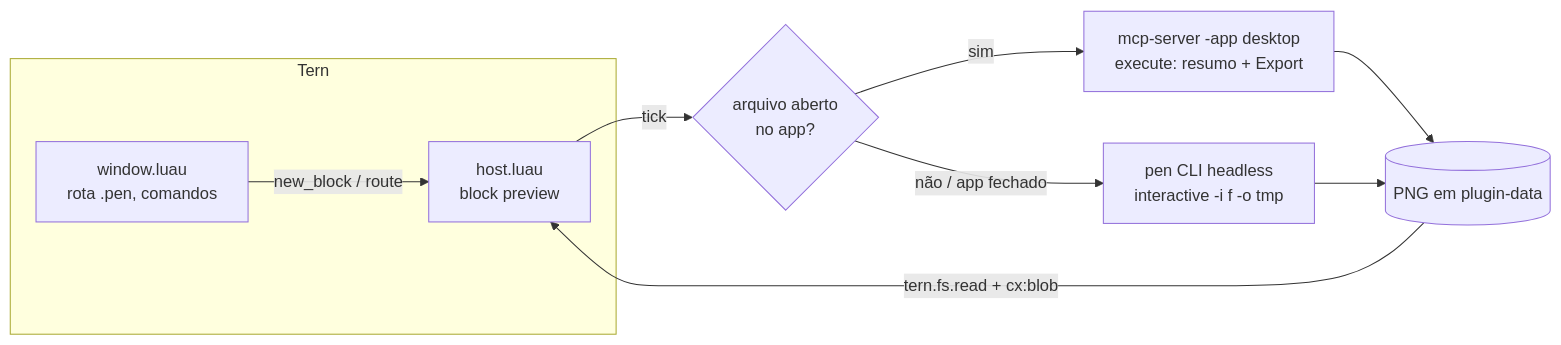
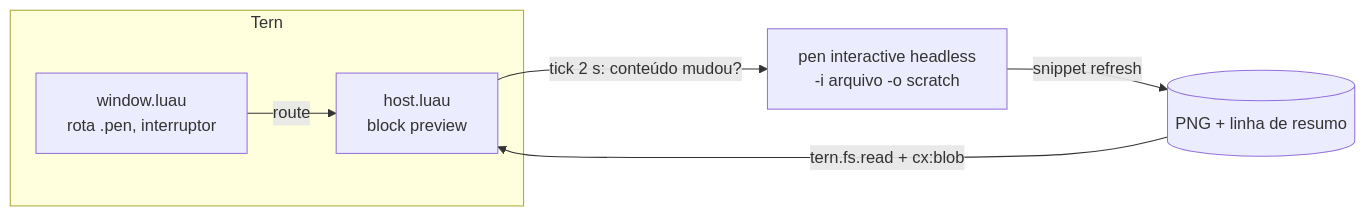
Before and after one commit to SamuelFontess/tern-pencil-preview: the diagram in docs/superpowers/specs/2026-10-13-tern-pencil-preview-design.md, drawn with Mermaid. The commit also changed other lines of this file and 1 other file, not shown here.

Commit message:
docs: split scope into increments; file-backed preview first

````diff
--- a/docs/superpowers/specs/2026-10-13-tern-pencil-preview-design.md
+++ b/docs/superpowers/specs/2026-10-13-tern-pencil-preview-design.md
@@ -58,12 +58,9 @@
 ```mermaid
 flowchart LR
   subgraph Tern
-    W[window.luau<br/>rota .pen, comandos] -->|new_block / route| B[host.luau<br/>block preview]
+    W[window.luau<br/>rota .pen, interruptor] -->|route| B[host.luau<br/>block preview]
   end
-  B -->|tick| S{arquivo aberto<br/>no app?}
-  S -->|sim| M[mcp-server -app desktop<br/>execute: resumo + Export]
-  S -->|não / app fechado| F[pen CLI headless<br/>interactive -i f -o tmp]
-  M --> P[(PNG em plugin-data)]
-  F --> P
+  B -->|tick 2 s: conteúdo mudou?| R[pen interactive headless<br/>-i arquivo -o scratch]
+  R -->|snippet refresh| P[(PNG + linha de resumo)]
   P -->|tern.fs.read + cx:blob| B
 ```
````
